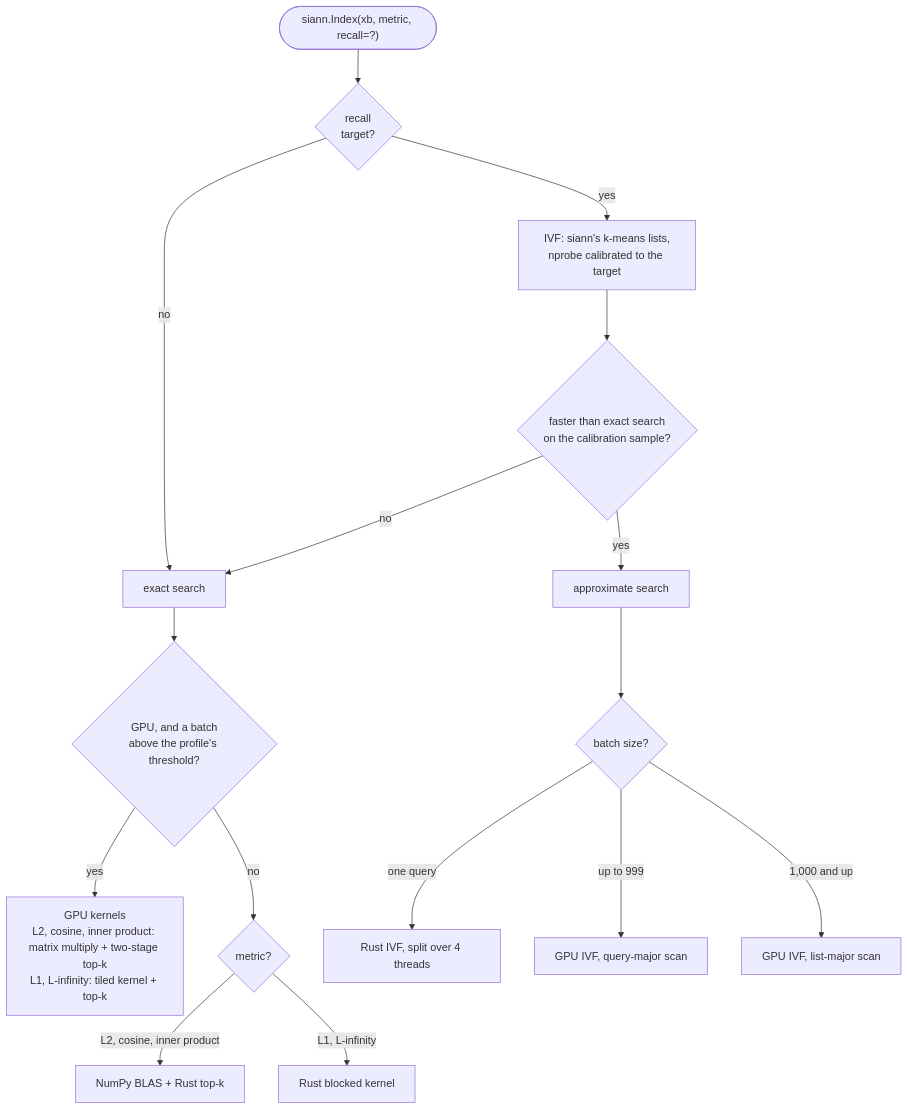
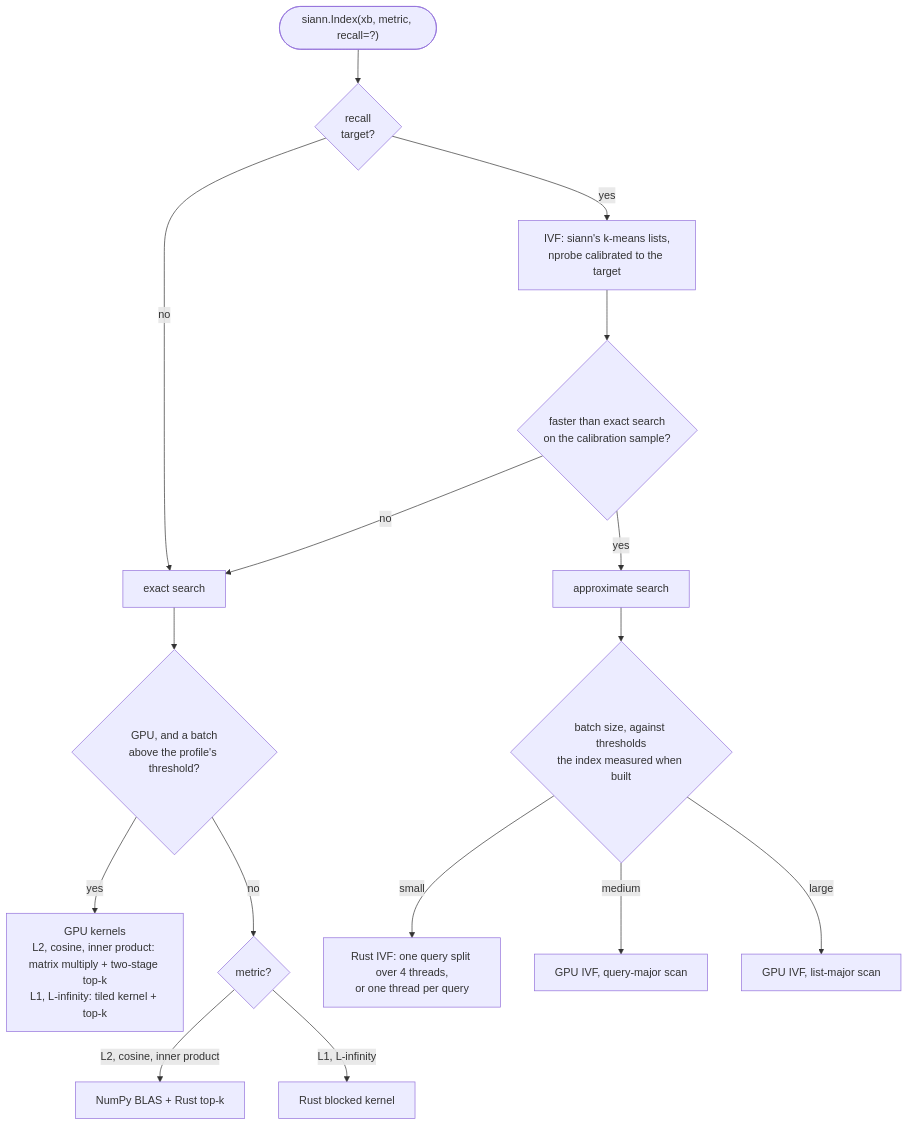
Before and after one commit to vglazer/siann: the second of 4 diagrams in ARCHITECTURE.md, drawn with Mermaid. The commit also changed other lines of this file and 25 other files, not shown here.

First line of the commit message:
Approximate search: routing measured by each index

````diff
--- a/ARCHITECTURE.md
+++ b/ARCHITECTURE.md
@@ -57,18 +58,18 @@
 ```mermaid
 flowchart TB
     build(["siann.Index(xb, metric, recall=?)"]) --> target{"recall<br/>target?"}
     target -- no --> exact["exact search"]
     target -- yes --> ivf["IVF: siann's k-means lists,<br/>nprobe calibrated to the target"]
     ivf --> faster{"faster than exact search<br/>on the calibration sample?"}
     faster -- no --> exact
     faster -- yes --> approx["approximate search"]
     exact --> ebatch{"GPU, and a batch<br/>above the profile's threshold?"}
     ebatch -- yes --> ge["GPU kernels<br/>L2, cosine, inner product: matrix multiply + two-stage top-k<br/>L1, L-infinity: tiled kernel + top-k"]
     ebatch -- no --> metric{"metric?"}
     metric -- "L2, cosine, inner product" --> cb["NumPy BLAS + Rust top-k"]
     metric -- "L1, L-infinity" --> cr["Rust blocked kernel"]
-    approx --> abatch{"batch size?"}
-    abatch -- "one query" --> sp["Rust IVF, split over 4 threads"]
-    abatch -- "up to 999" --> gq["GPU IVF, query-major scan"]
-    abatch -- "1,000 and up" --> gl["GPU IVF, list-major scan"]
+    approx --> abatch{"batch size, against thresholds<br/>the index measured when built"}
+    abatch -- "small" --> sp["Rust IVF: one query split over 4 threads,<br/>or one thread per query"]
+    abatch -- "medium" --> gq["GPU IVF, query-major scan"]
+    abatch -- "large" --> gl["GPU IVF, list-major scan"]
 ```
````
